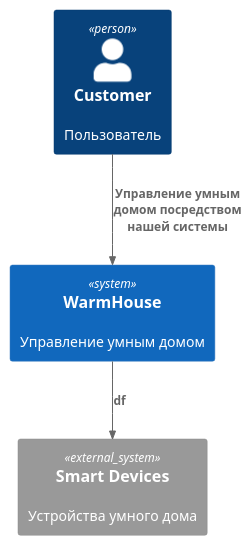
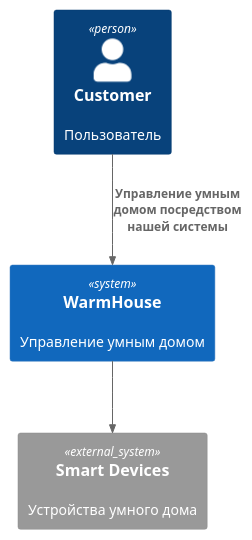
Before and after one commit to Meeluck/architecture-warmhouse: the diagram in context.puml, drawn with PlantUML. The commit also changed 2 other files, not shown here.

```diff
--- a/context.puml
+++ b/context.puml
@@ -1,21 +1,13 @@
 @startuml
 !include https://raw.githubusercontent.com/plantuml-stdlib/C4-PlantUML/master/C4_Context.puml
 
 Person(user,"Customer","Пользователь")
 
 System(wh, "WarmHouse","Управление умным домом")
-'System_Boundary(c1,WarmHouse){
-'    System(um,"User Management")
-'    System(dm,"Device Management")
-'    System(sm,"Scenario Management")
-'}
 
 System_Ext(devices,"Smart Devices","Устройства умного дома")
 
-Rel(wh,devices,"df")
+Rel(wh,devices,"")
 Rel(user,wh,"Управление умным домом посредством нашей системы")
 
-'Rel(dm,devices,"Управление")
-'Rel(user,c1,"Взаимодействую")
-'Rel(sm,dm,"Управление и мониторинг")
 @enduml
```
